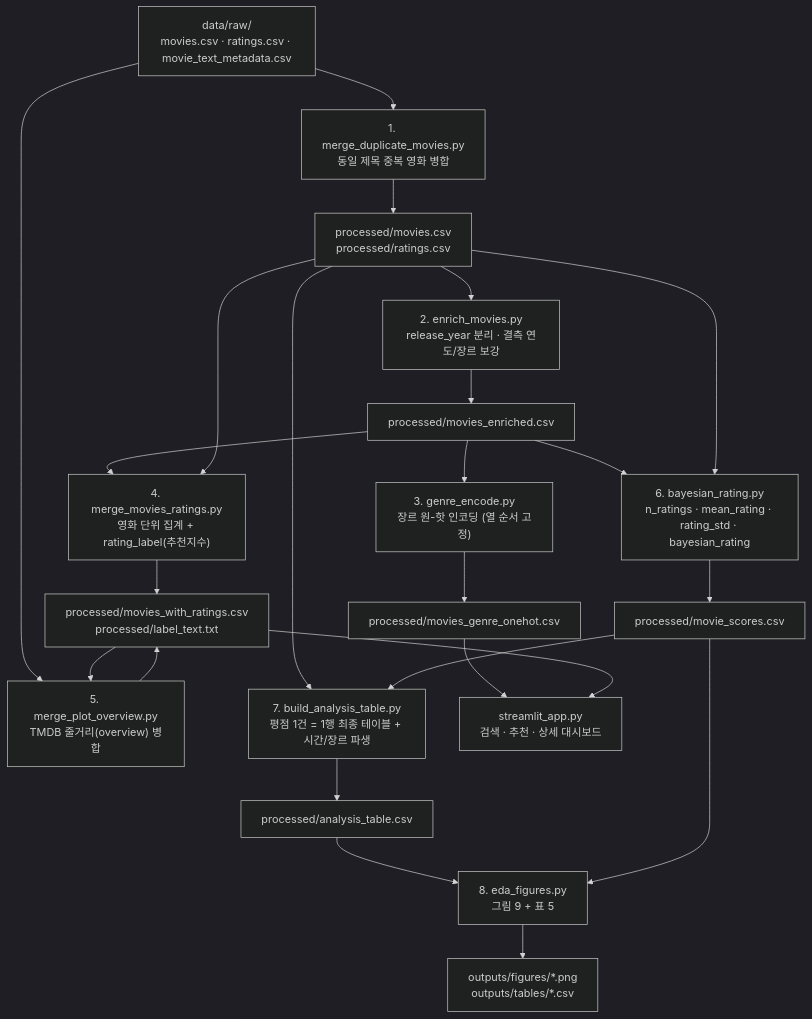
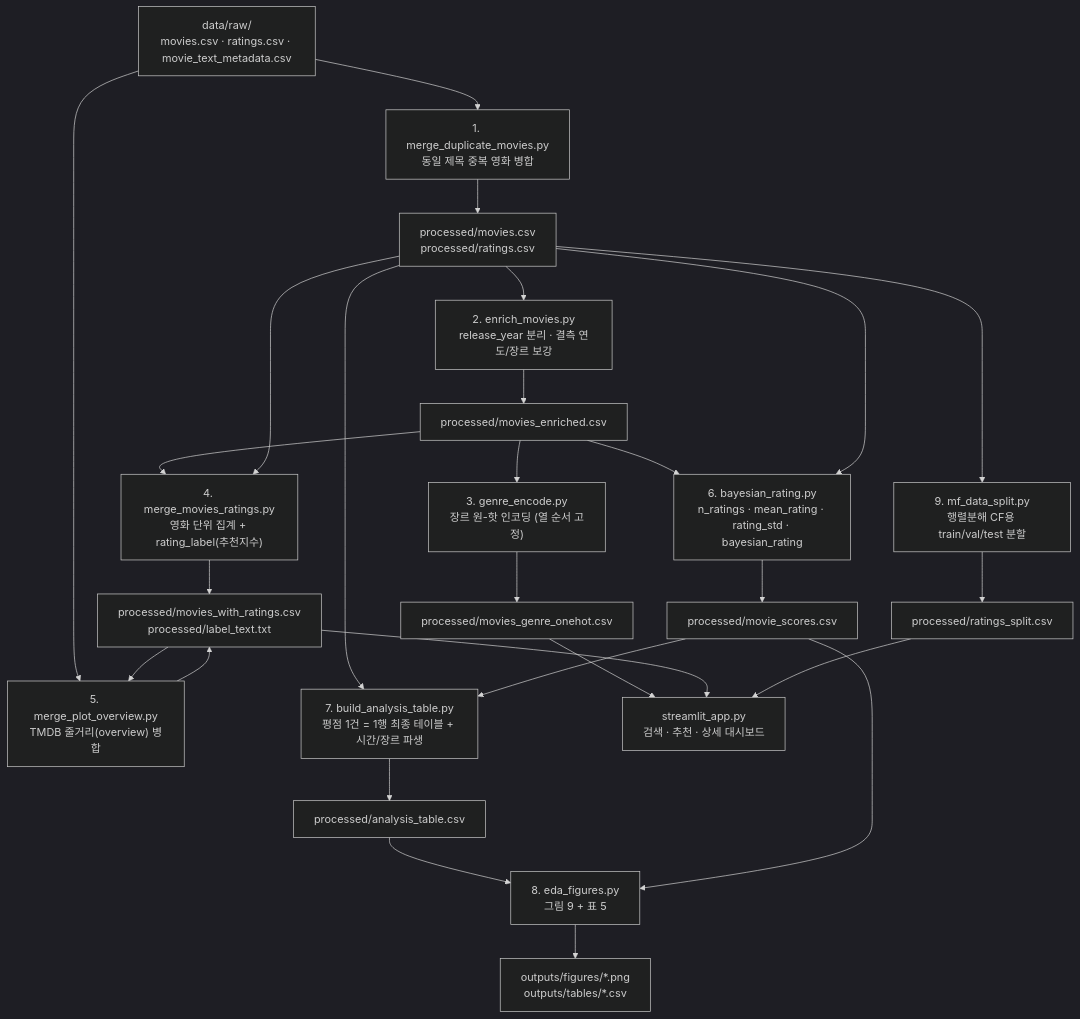
Before and after one commit to jwoochoi2001/DA_Movielens-Rating-Explorer: the diagram in README.md, drawn with Mermaid (dark theme). The commit also changed other lines of this file and 21 other files, not shown here.

````diff
--- a/README.md
+++ b/README.md
@@ -90,29 +90,32 @@
 ```mermaid
 flowchart TD
     RAW["data/raw/<br/>movies.csv · ratings.csv · movie_text_metadata.csv"]
     S1["1. merge_duplicate_movies.py<br/>동일 제목 중복 영화 병합"]
     S2["2. enrich_movies.py<br/>release_year 분리 · 결측 연도/장르 보강"]
     S3["3. genre_encode.py<br/>장르 원-핫 인코딩 (열 순서 고정)"]
     S4["4. merge_movies_ratings.py<br/>영화 단위 집계 + rating_label(추천지수)"]
     S5["5. merge_plot_overview.py<br/>TMDB 줄거리(overview) 병합"]
     S6["6. bayesian_rating.py<br/>n_ratings · mean_rating · rating_std · bayesian_rating"]
     S7["7. build_analysis_table.py<br/>평점 1건 = 1행 최종 테이블 + 시간/장르 파생"]
     S8["8. eda_figures.py<br/>그림 9 + 표 5"]
+    S9["9. mf_data_split.py<br/>행렬분해 CF용 train/val/test 분할"]
     APP["streamlit_app.py<br/>검색 · 추천 · 상세 대시보드"]
 
     RAW --> S1 --> P1["processed/movies.csv<br/>processed/ratings.csv"]
     P1 --> S2 --> P2["processed/movies_enriched.csv"]
     P2 --> S3 --> P3["processed/movies_genre_onehot.csv"]
     P2 --> S4
     P1 --> S4 --> P4["processed/movies_with_ratings.csv<br/>processed/label_text.txt"]
     RAW --> S5
     P4 --> S5 --> P4
     P2 --> S6
     P1 --> S6 --> P6["processed/movie_scores.csv"]
     P1 --> S7
     P6 --> S7 --> P7["processed/analysis_table.csv"]
     P7 --> S8 --> OUT["outputs/figures/*.png<br/>outputs/tables/*.csv"]
     P6 --> S8
+    P1 --> S9 --> P9["processed/ratings_split.csv"]
     P3 --> APP
     P4 --> APP
+    P9 --> APP
 ```
````
